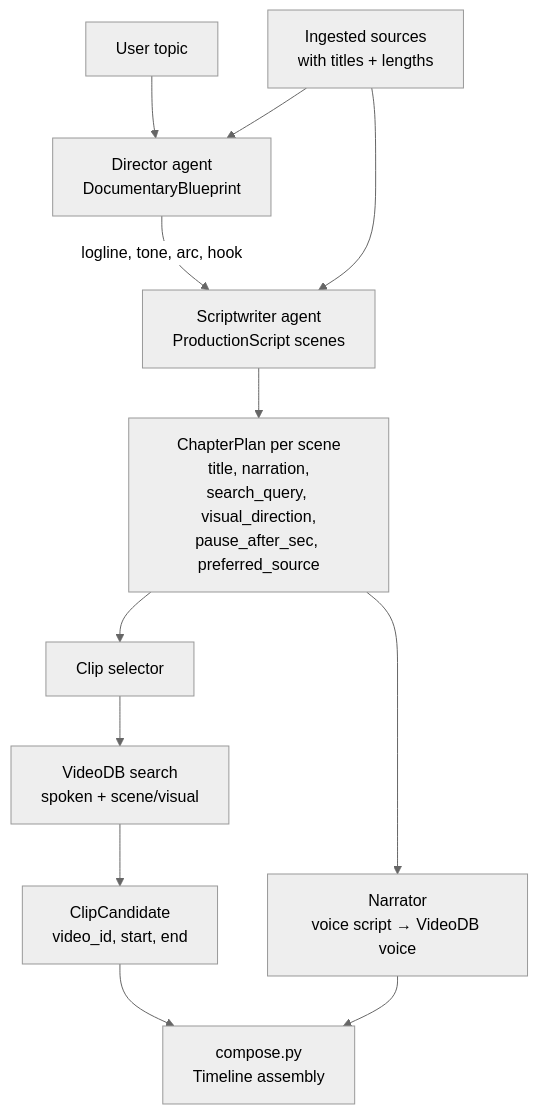
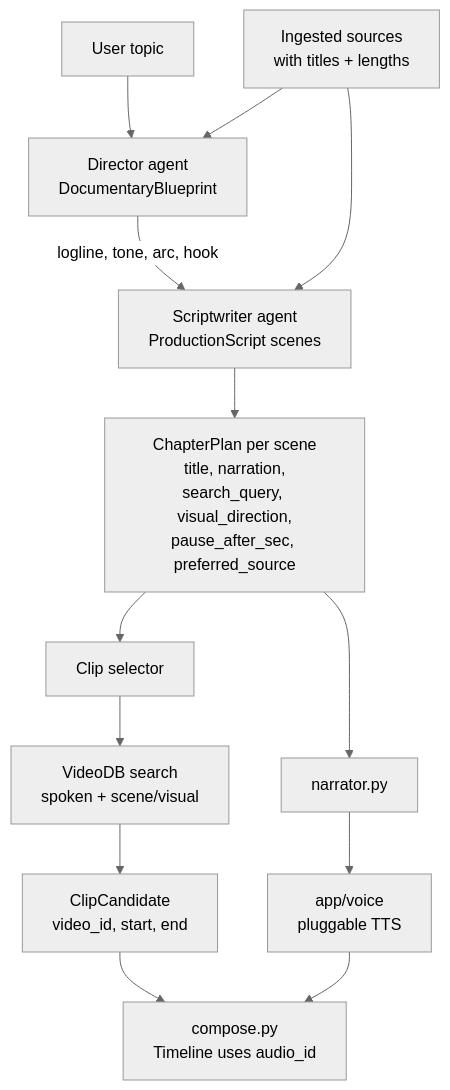
One commit to Krishan111/Continuum-Agentic_Documentary_Studio changed the fifth of 10 diagrams in ARCHITECTURE.md. Above: the diagram before and after it, drawn with Mermaid (neutral theme). The commit also changed other lines of this file and 1 other file, not shown here.

````diff
--- a/ARCHITECTURE.md
+++ b/ARCHITECTURE.md
@@ -214,25 +245,27 @@
 ```mermaid
 flowchart TB
   Topic[User topic]
   Sources[Ingested sources\nwith titles + lengths]
 
   Topic --> Director
   Sources --> Director
 
   Director[Director agent\nDocumentaryBlueprint]
   Director -->|logline, tone, arc, hook| Scriptwriter
 
   Sources --> Scriptwriter
   Scriptwriter[Scriptwriter agent\nProductionScript scenes]
 
   Scriptwriter --> Chapters[ChapterPlan per scene\ntitle, narration,\nsearch_query, visual_direction,\npause_after_sec, preferred_source]
 
   Chapters --> ClipSel[Clip selector]
-  Chapters --> NarrGen[Narrator\nvoice script → VideoDB voice]
+  Chapters --> NarrGen[narrator.py]
 
   ClipSel --> Search[VideoDB search\nspoken + scene/visual]
   Search --> Clips[ClipCandidate\nvideo_id, start, end]
 
   Clips --> Compose
-  NarrGen --> Compose[compose.py\nTimeline assembly]
+  NarrGen --> VoiceMod[app/voice\npluggable TTS]
+  VoiceMod --> Compose[compose.py\nTimeline uses audio_id]
+
 ```
````
